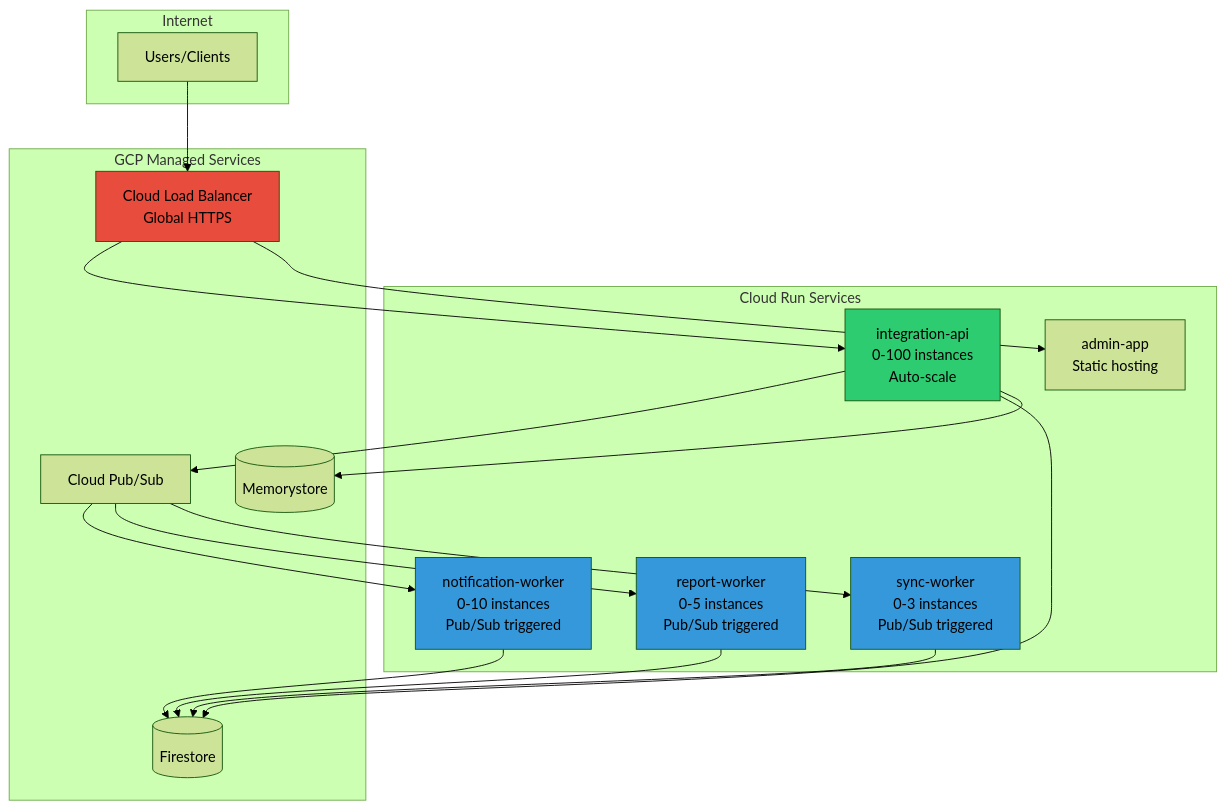
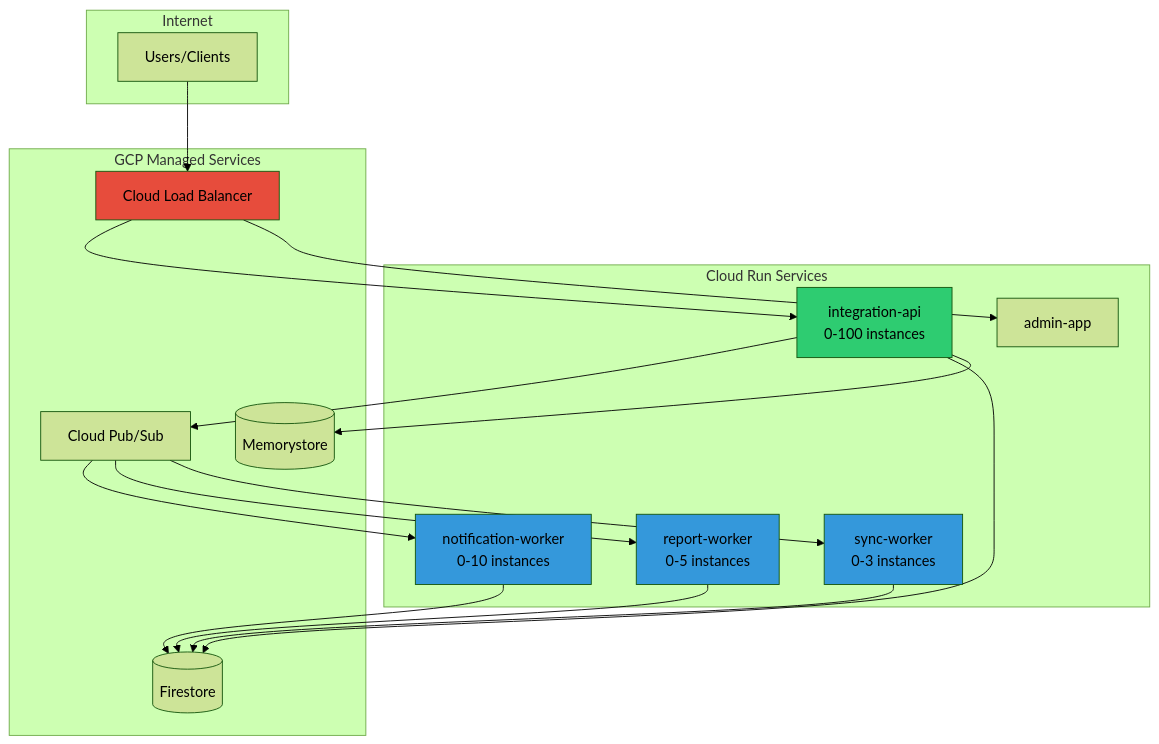
Before and after one commit to developer-implementos/integration-presentations: the third of 4 diagrams in presentations/deep-dives/infrastructure-gcp.md, drawn with Mermaid (forest theme). The commit also changed other lines of this file and 11 other files, not shown here.

First line of the commit message:
feat(resilience): agregar soporte para mermaid en presentaciones

```diff
--- a/presentations/deep-dives/infrastructure-gcp.md
+++ b/presentations/deep-dives/infrastructure-gcp.md
@@ -535,42 +548,42 @@
 <div class="mermaid">
 graph TB
     subgraph "Internet"
         U[Users/Clients]
     end
 
     subgraph "Cloud Run Services"
-        API[integration-api<br/>0-100 instances<br/>Auto-scale]
-        ADMIN[admin-app<br/>Static hosting]
-        NW[notification-worker<br/>0-10 instances<br/>Pub/Sub triggered]
-        RW[report-worker<br/>0-5 instances<br/>Pub/Sub triggered]
-        SW[sync-worker<br/>0-3 instances<br/>Pub/Sub triggered]
+        API[integration-api<br/>0-100 instances]
+        ADMIN[admin-app]
+        NW[notification-worker<br/>0-10 instances]
+        RW[report-worker<br/>0-5 instances]
+        SW[sync-worker<br/>0-3 instances]
     end
 
     subgraph "GCP Managed Services"
-        LB[Cloud Load Balancer<br/>Global HTTPS]
+        LB[Cloud Load Balancer]
         PS[Cloud Pub/Sub]
         FS[(Firestore)]
         MS[(Memorystore)]
     end
 
     U --> LB
     LB --> API
     LB --> ADMIN
 
     API --> PS
     PS --> NW
     PS --> RW
     PS --> SW
 
     API --> FS
     API --> MS
     NW --> FS
     RW --> FS
     SW --> FS
 
     style API fill:#2ecc71
     style NW fill:#3498db
     style RW fill:#3498db
     style SW fill:#3498db
     style LB fill:#e74c3c
 </div>
```
